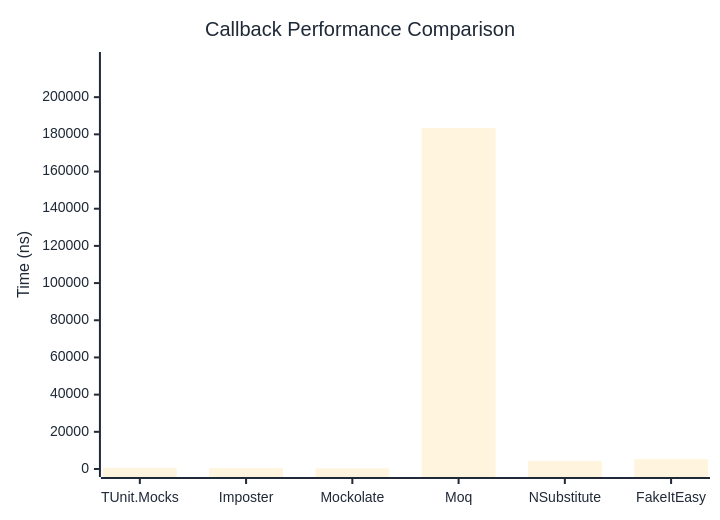
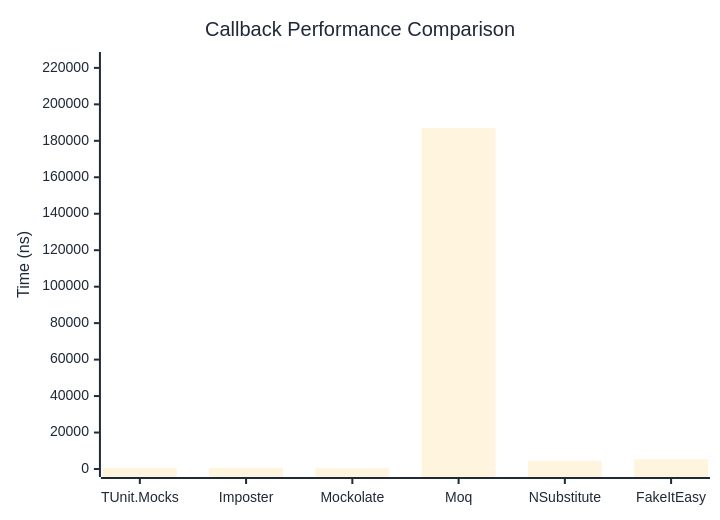
One commit to thomhurst/TUnit changed the first of 2 diagrams in docs/docs/benchmarks/mocks/Callback.md. Above: the diagram before and after it, drawn with Mermaid. The commit also changed other lines of this file and 14 other files, not shown here.

````diff
--- a/docs/docs/benchmarks/mocks/Callback.md
+++ b/docs/docs/benchmarks/mocks/Callback.md
@@ -30,27 +30,27 @@
 ```mermaid
 %%{init: {
   'theme':'base',
   'themeVariables': {
     'primaryColor': '#2563eb',
     'primaryTextColor': '#1f2937',
     'primaryBorderColor': '#1e40af',
     'lineColor': '#6b7280',
     'secondaryColor': '#7c3aed',
     'tertiaryColor': '#dc2626',
     'background': '#ffffff',
     'pie1': '#2563eb',
     'pie2': '#7c3aed',
     'pie3': '#dc2626',
     'pie4': '#f59e0b',
     'pie5': '#10b981',
     'pie6': '#06b6d4',
     'pie7': '#ec4899',
     'pie8': '#6366f1'
   }
 }}%%
 xychart-beta
   title "Callback Performance Comparison"
   x-axis ["TUnit.Mocks", "Imposter", "Mockolate", "Moq", "NSubstitute", "FakeItEasy"]
-  y-axis "Time (ns)" 0 --> 219990
-  bar [654.8, 454.3, 344.6, 183324.7, 4397.5, 5279.1]
+  y-axis "Time (ns)" 0 --> 224319
+  bar [678.5, 517.1, 363.2, 186932.5, 4506.5, 5381.5]
 ```
````
